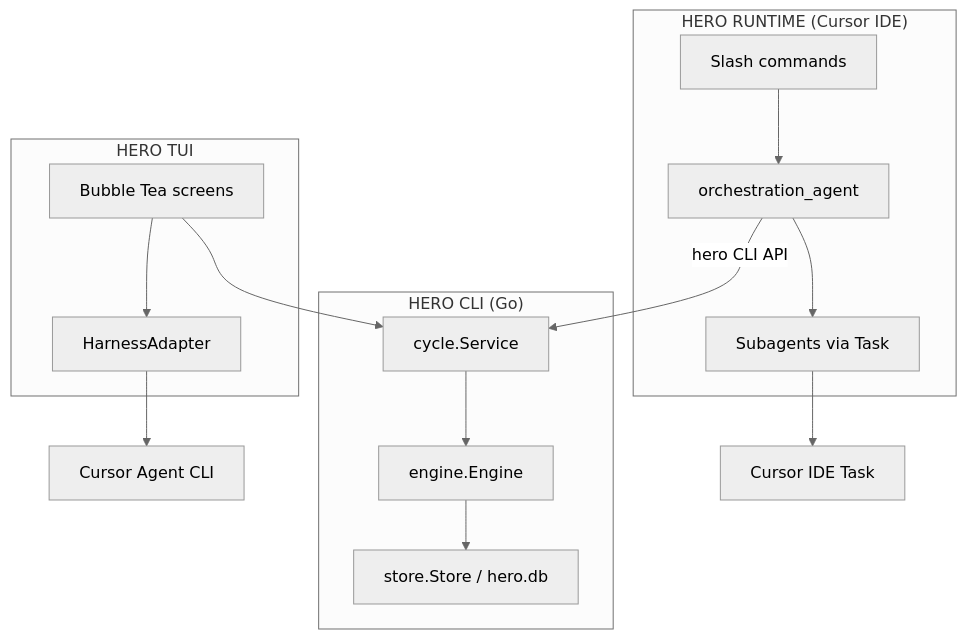
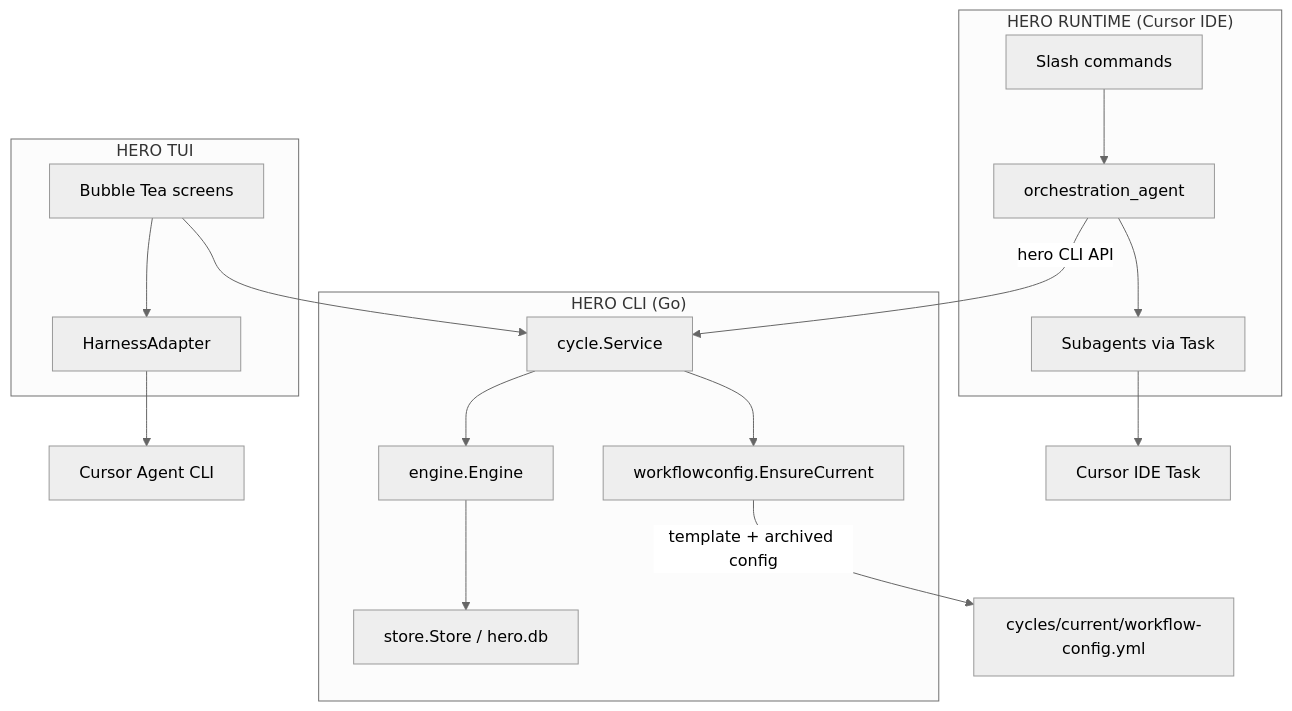
One commit to ricrsantos/ai_workflow_hero changed the diagram in docs/architecture/architecture-overview.md. Above: the diagram before and after it, drawn with Mermaid (neutral theme). The commit also changed other lines of this file and 18 other files, not shown here.

````diff
--- a/docs/architecture/architecture-overview.md
+++ b/docs/architecture/architecture-overview.md
@@ -520,27 +521,30 @@
 ```mermaid
 flowchart TB
   subgraph Runtime["HERO RUNTIME (Cursor IDE)"]
     Slash["Slash commands"]
     Orch["orchestration_agent"]
     Sub["Subagents via Task"]
     Slash --> Orch --> Sub
   end
 
   subgraph CLI["HERO CLI (Go)"]
     CycleSvc["cycle.Service"]
+    Config["workflowconfig.EnsureCurrent"]
     Engine["engine.Engine"]
     Store["store.Store / hero.db"]
+    CycleSvc --> Config
     CycleSvc --> Engine --> Store
   end
 
   subgraph TUI["HERO TUI"]
     BT["Bubble Tea screens"]
     Harness["HarnessAdapter"]
     BT --> CycleSvc
     BT --> Harness
   end
 
   Orch -->|"hero CLI API"| CycleSvc
+  Config -->|"template + archived config"| Current["cycles/current/workflow-config.yml"]
   Harness --> CursorCLI["Cursor Agent CLI"]
   Sub --> CursorIDE["Cursor IDE Task"]
 ```
````
